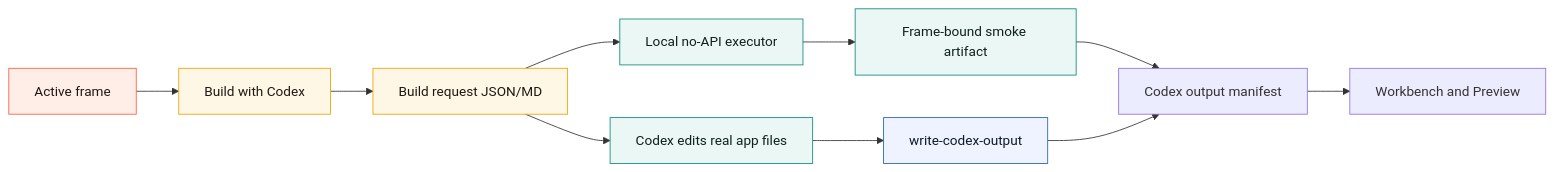
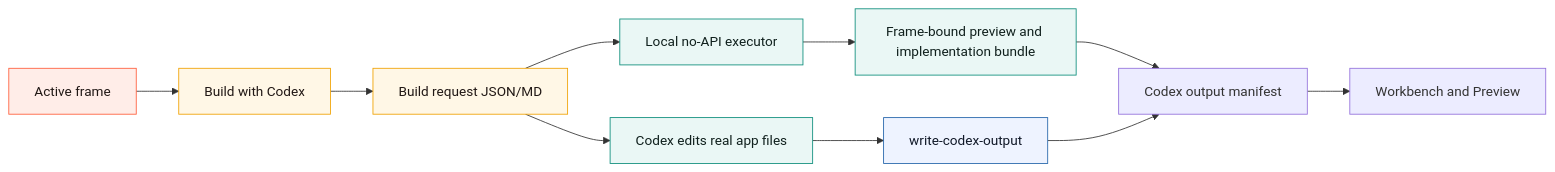
One commit to varshneydevansh/Canvax changed the sixth of 9 diagrams in docs/USAGE.md. Above: the diagram before and after it, drawn with Mermaid. The commit also changed other lines of this file and 11 other files, not shown here.

Commit message:
feat: emit build implementation bundle

````diff
--- a/docs/USAGE.md
+++ b/docs/USAGE.md
@@ -632,21 +636,21 @@
 ```mermaid
 flowchart LR
     A[Active frame] --> B[Build with Codex]
     B --> C[Build request JSON/MD]
     C --> D[Local no-API executor]
-    D --> E[Frame-bound smoke artifact]
+    D --> E[Frame-bound preview and implementation bundle]
     C --> F[Codex edits real app files]
     F --> G[write-codex-output]
     E --> H[Codex output manifest]
     G --> H
     H --> I[Workbench and Preview]
 
     classDef sketch fill:#ffede8,stroke:#ff5d3a,color:#211815;
     classDef request fill:#fff7e6,stroke:#f0a202,color:#211815;
     classDef code fill:#eaf7f5,stroke:#0c8d7b,color:#10201d;
     classDef preview fill:#eef3ff,stroke:#2364aa,color:#101828;
     class A sketch;
     class B,C request;
     class D,E,F code;
     class G preview;
 ```
````
